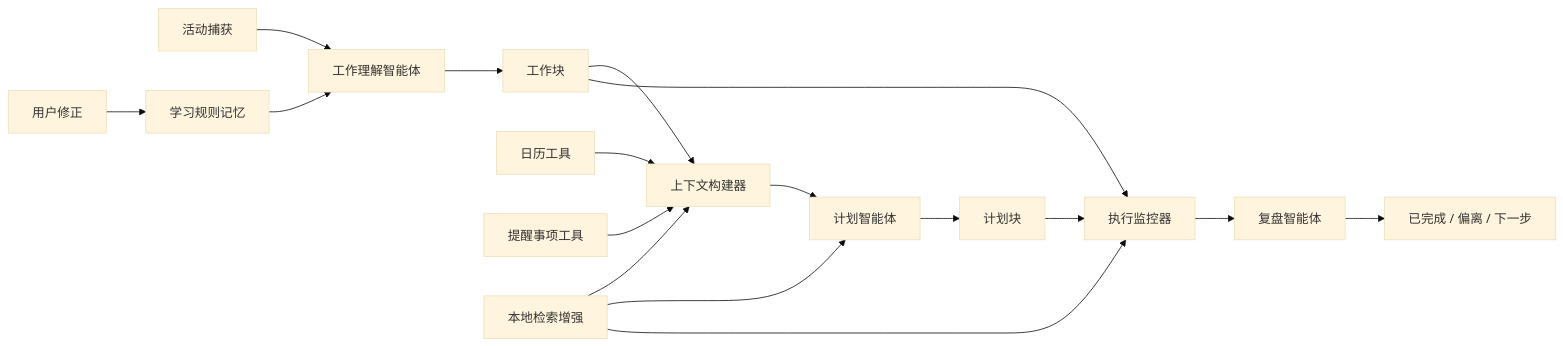
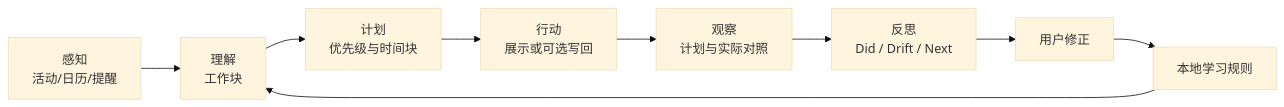
The diagram in docs/ai-agent-system-design.md (aurumltd/Trace_V3_showcase), drawn with Mermaid (base theme) before and after one commit. The commit also changed other lines of this file and 8 other files, not shown here.

````diff
--- a/docs/ai-agent-system-design.md
+++ b/docs/ai-agent-system-design.md
@@ -11,19 +33,11 @@
 ```mermaid
 flowchart LR
-  A[活动捕获] --> B[工作理解智能体]
-  B --> C[工作块]
-  D[日历工具] --> E[上下文构建器]
-  F[提醒事项工具] --> E
-  G[学习规则记忆] --> B
-  R[本地检索增强] --> E
-  R --> H[计划智能体]
-  R --> J[执行监控器]
-  C --> E
-  E --> H
-  H --> I[计划块]
-  I --> J
-  C --> J
-  J --> K[复盘智能体]
-  K --> L[已完成 / 偏离 / 下一步]
-  M[用户修正] --> G
+  A[感知<br/>活动/日历/提醒] --> B[理解<br/>工作块]
+  B --> C[计划<br/>优先级与时间块]
+  C --> D[行动<br/>展示或可选写回]
+  D --> E[观察<br/>计划与实际对照]
+  E --> F[反思<br/>Did / Drift / Next]
+  F --> G[用户修正]
+  G --> H[本地学习规则]
+  H --> B
 ```
````
